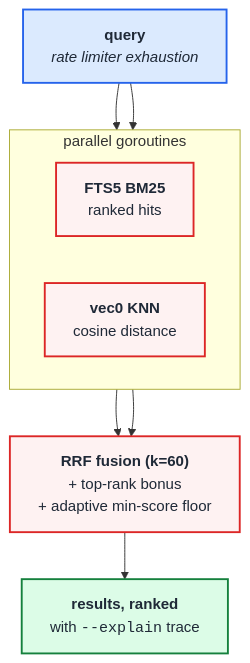
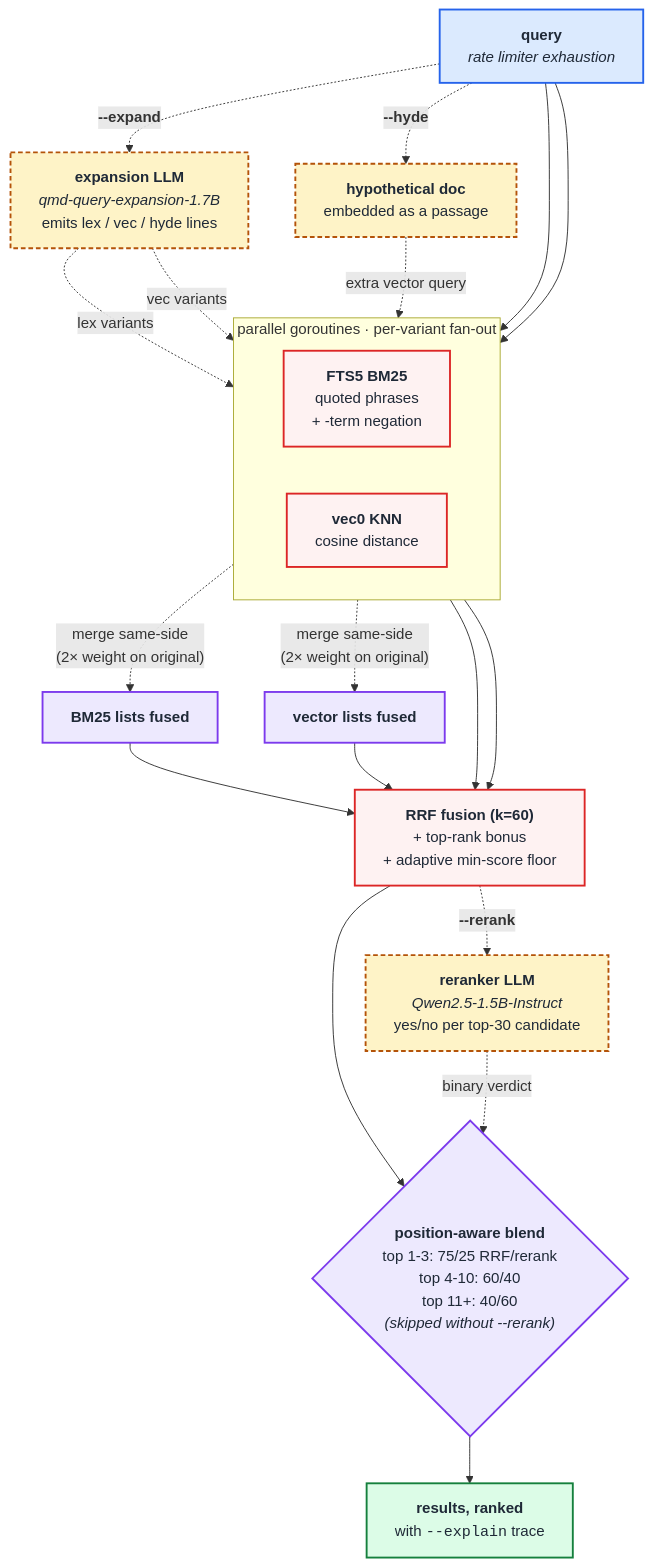
One commit to ugurcan-aytar/recall changed the diagram in README.md. Above: the diagram before and after it, drawn with Mermaid. The commit also changed other lines of this file, not shown here.

Commit message:
docs(readme): add v0.2.0 features to the retrieval diagram
The "How retrieval works" mermaid only showed the v0.1 hot path
(BM25 + vector + RRF). v0.2.0 added three opt-in retrieval
boosters (--expand, --hyde, --rerank) plus the position-aware
blend, and the diagram now reads as a complete picture of what
recall does on every shape of `recall query`.

Visual conventions:
- Solid arrows: the default lean path (no flags). Builds the
  v0.1 BM25 + vector + RRF flow byte-for-byte.
- Dashed arrows + amber dashed-border boxes: the opt-in LLM
  stages. Each one no-ops gracefully when its model isn't
  installed, so the dashed paths are never load-bearing.
- Purple diamond: the position-aware blend that fuses the
  reranker's binary verdict with the RRF rank using qmd's band
  weights. Skipped entirely without --rerank.

Same colour palette as the existing diagram for the BM25 / vec /
RRF / result nodes, so a v0.1 reader can trace the original
spine without distraction.

No code changes — this is a docs-only edit. The narrative bullets
already covered each feature individually; this lifts them into
one shared mental model.

````diff
--- a/README.md
+++ b/README.md
@@ -98,22 +100,51 @@
 ```mermaid
 flowchart TD
     Q["<b>query</b><br><i>rate limiter exhaustion</i>"]
+
+    Q -. "<b>--expand</b>" .-> EXP
+    Q -. "<b>--hyde</b>" .-> HYD
+    EXP["<b>expansion LLM</b><br><i>qmd-query-expansion-1.7B</i><br>emits lex / vec / hyde lines"]
+    HYD["<b>hypothetical doc</b><br>embedded as a passage"]
+    EXP -. lex variants .-> BM25
+    EXP -. vec variants .-> VEC
+    HYD -. extra vector query .-> VEC
+
     Q --> BM25
     Q --> VEC
-    subgraph parallel ["parallel goroutines"]
+    subgraph parallel ["parallel goroutines · per-variant fan-out"]
         direction LR
-        BM25["<b>FTS5 BM25</b><br>ranked hits"]
+        BM25["<b>FTS5 BM25</b><br>quoted phrases<br>+ -term negation"]
         VEC["<b>vec0 KNN</b><br>cosine distance"]
     end
+
+    BM25 -. "merge same-side<br>(2× weight on original)" .-> SBM
+    VEC -. "merge same-side<br>(2× weight on original)" .-> SVE
+    SBM["<b>BM25 lists fused</b>"]
+    SVE["<b>vector lists fused</b>"]
+
     BM25 --> RRF
     VEC --> RRF
+    SBM --> RRF
+    SVE --> RRF
+
     RRF["<b>RRF fusion (k=60)</b><br>+ top-rank bonus<br>+ adaptive min-score floor"]
-    RRF --> R["<b>results, ranked</b><br>with <code>--explain</code> trace"]
+
+    RRF --> BLEND
+    RRF -. "<b>--rerank</b>" .-> RER
+    RER["<b>reranker LLM</b><br><i>Qwen2.5-1.5B-Instruct</i><br>yes/no per top-30 candidate"]
+    RER -. binary verdict .-> BLEND
+
+    BLEND{"<b>position-aware blend</b><br>top 1-3: 75/25 RRF/rerank<br>top 4-10: 60/40<br>top 11+: 40/60<br><i>(skipped without --rerank)</i>"}
+    BLEND --> R["<b>results, ranked</b><br>with <code>--explain</code> trace"]
 
     classDef step fill:#fef2f2,stroke:#dc2626,stroke-width:2px,color:#1f2937
     classDef result fill:#dcfce7,stroke:#15803d,stroke-width:2px,color:#1f2937
     classDef query fill:#dbeafe,stroke:#2563eb,stroke-width:2px,color:#1f2937
+    classDef llm fill:#fef3c7,stroke:#b45309,stroke-width:2px,color:#1f2937,stroke-dasharray:5 3
+    classDef merge fill:#ede9fe,stroke:#7c3aed,stroke-width:2px,color:#1f2937
     class Q query
     class BM25,VEC,RRF step
+    class EXP,HYD,RER llm
+    class SBM,SVE,BLEND merge
     class R result
 ```
````
